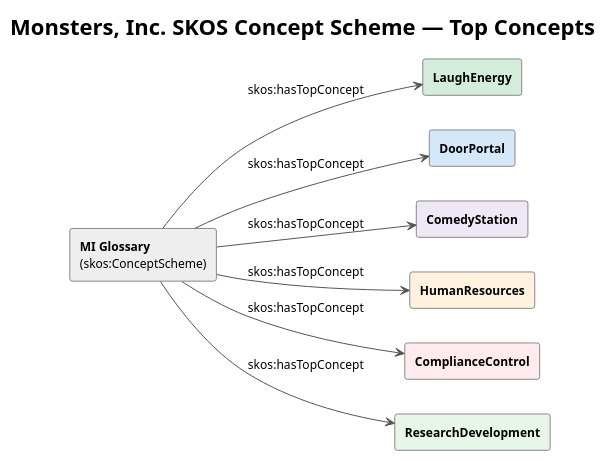
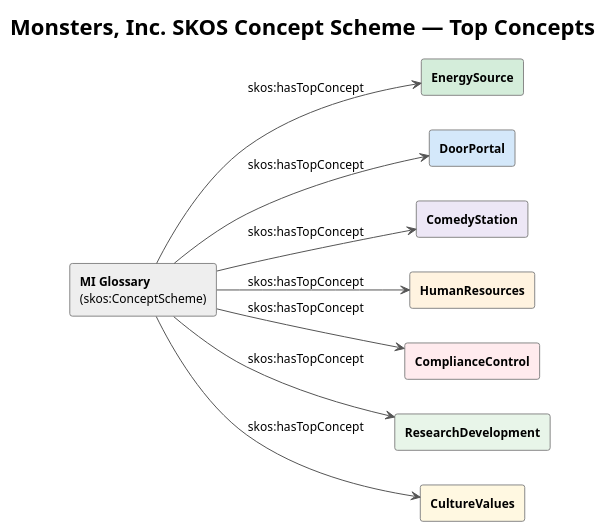
Before and after one commit to gazzwi86/monsters-inc: the first of 8 diagrams in docs/08-glossary.md, drawn with PlantUML. The commit also changed other lines of this file and 43 other files, not shown here.

````diff
--- a/docs/08-glossary.md
+++ b/docs/08-glossary.md
@@ -21,30 +21,32 @@
 ```plantuml
 @startuml MI-Glossary-Overview
 !theme plain
 skinparam backgroundColor #FFFFFF
 skinparam defaultFontName Arial
 skinparam defaultFontSize 12
 skinparam ArrowColor #555555
 skinparam RectangleBorderColor #888888
 skinparam RectangleBackgroundColor #F7F7F7
 
 left to right direction
 title Monsters, Inc. SKOS Concept Scheme — Top Concepts
 
 rectangle "**MI Glossary**\n(skos:ConceptScheme)" as SCHEME #EEEEEE
-rectangle "**LaughEnergy**" as LE #D4EDDA
+rectangle "**EnergySource**" as ES #D4EDDA
 rectangle "**DoorPortal**" as DP #D4E8FA
 rectangle "**ComedyStation**" as CS #EDE7F6
 rectangle "**HumanResources**" as HR #FFF3E0
 rectangle "**ComplianceControl**" as CCon #FFEBEE
 rectangle "**ResearchDevelopment**" as RD #E8F5E9
+rectangle "**CultureValues**" as CVal #FFF8E1
 
-SCHEME --> LE : skos:hasTopConcept
+SCHEME --> ES : skos:hasTopConcept
 SCHEME --> DP : skos:hasTopConcept
 SCHEME --> CS : skos:hasTopConcept
 SCHEME --> HR : skos:hasTopConcept
 SCHEME --> CCon : skos:hasTopConcept
 SCHEME --> RD : skos:hasTopConcept
+SCHEME --> CVal : skos:hasTopConcept
 
 @enduml
 ```
````
